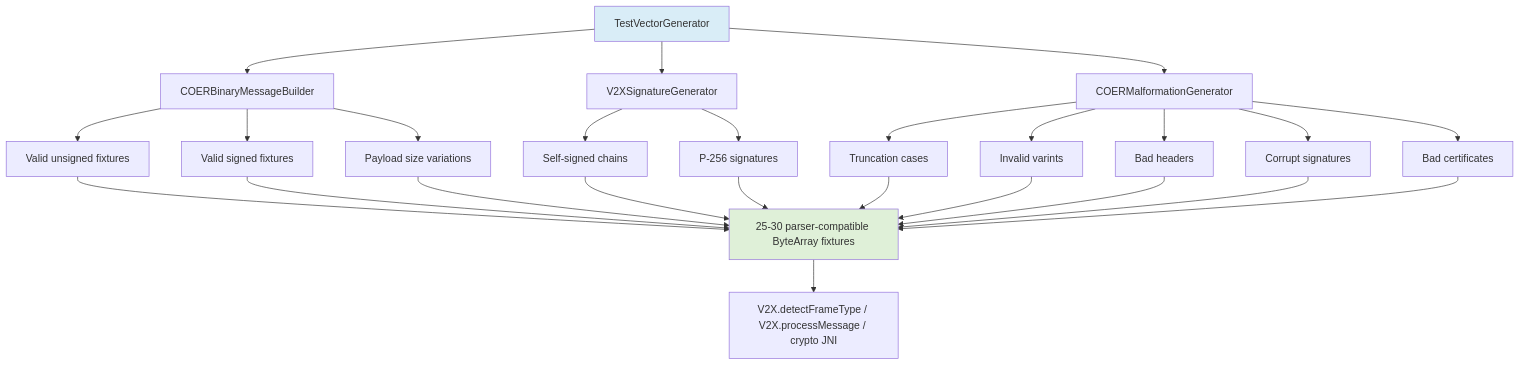
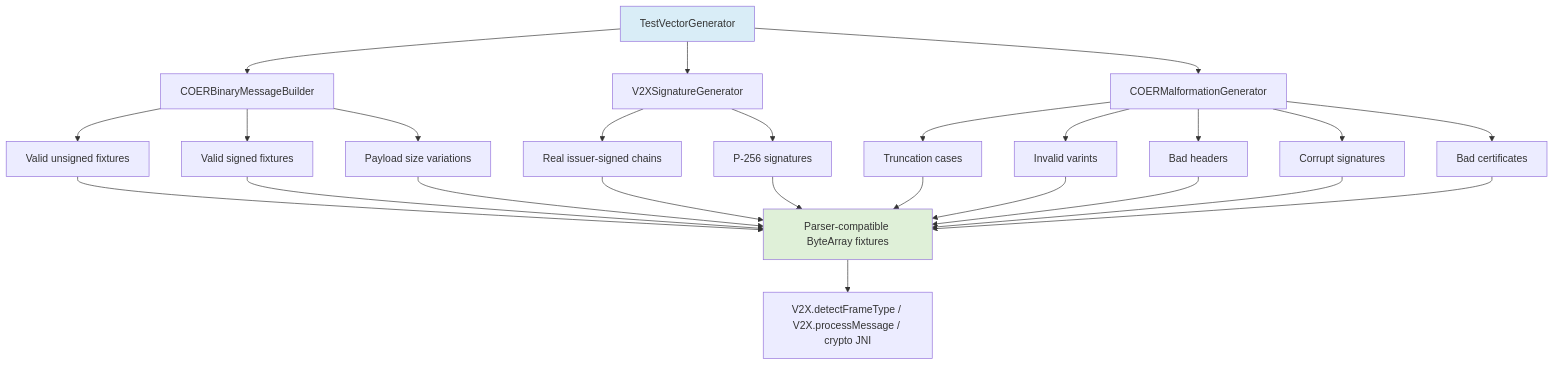
Before and after one commit to Sudip-SenGupta/sentinel-v-v2x-bridge: the third of 3 diagrams in docs/OPTION-1-DIGITAL-TWIN-PLAN.md, drawn with Mermaid. The commit also changed other lines of this file and 8 other files, not shown here.

````diff
--- a/docs/OPTION-1-DIGITAL-TWIN-PLAN.md
+++ b/docs/OPTION-1-DIGITAL-TWIN-PLAN.md
@@ -118,35 +121,35 @@
 ```mermaid
 graph TD
     A["TestVectorGenerator"] --> B["COERBinaryMessageBuilder"]
     A --> C["V2XSignatureGenerator"]
     A --> D["COERMalformationGenerator"]
 
     B --> B1["Valid unsigned fixtures"]
     B --> B2["Valid signed fixtures"]
     B --> B3["Payload size variations"]
 
-    C --> C1["Self-signed chains"]
+    C --> C1["Real issuer-signed chains"]
     C --> C2["P-256 signatures"]
 
     D --> D1["Truncation cases"]
     D --> D2["Invalid varints"]
     D --> D3["Bad headers"]
     D --> D4["Corrupt signatures"]
     D --> D5["Bad certificates"]
 
-    B1 --> E["25-30 parser-compatible ByteArray fixtures"]
+    B1 --> E["Parser-compatible ByteArray fixtures"]
     B2 --> E
     B3 --> E
     C1 --> E
     C2 --> E
     D1 --> E
     D2 --> E
     D3 --> E
     D4 --> E
     D5 --> E
 
     E --> F["V2X.detectFrameType / V2X.processMessage / crypto JNI"]
 
     style A fill:#d9edf7
     style E fill:#dff0d8
 ```
````
